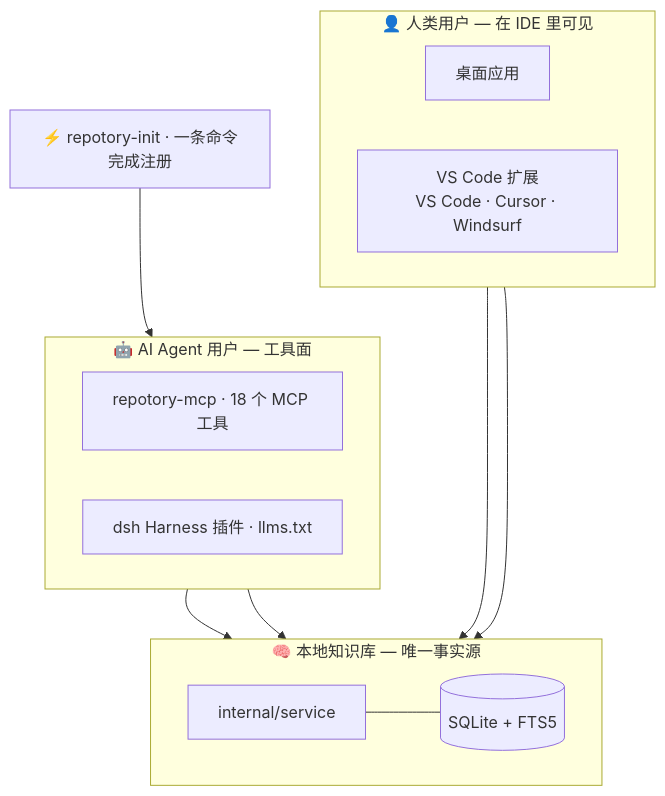
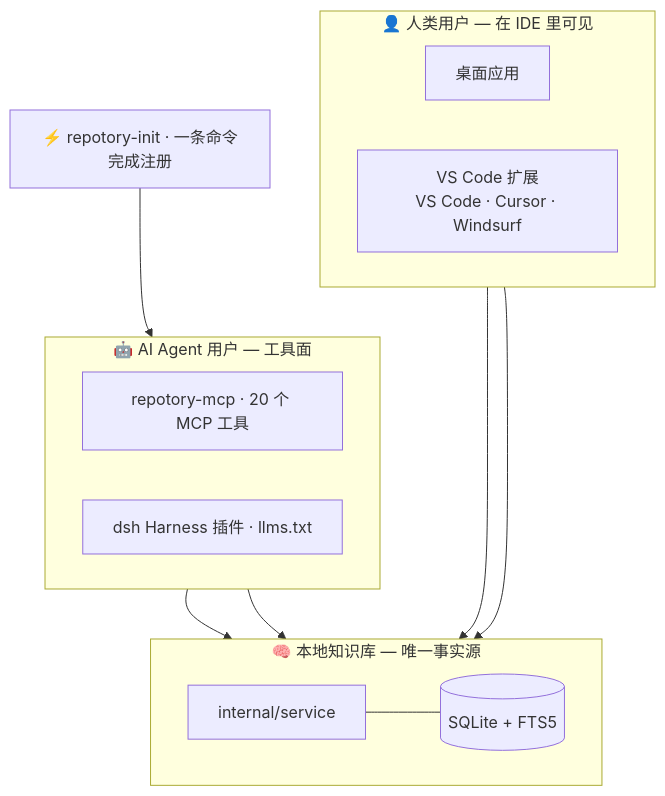
The fifth of 5 diagrams in docs/architecture.md (sky-jiangcheng/cinder), drawn with Mermaid before and after one commit. The commit also changed other lines of this file and 12 other files, not shown here.

````diff
--- a/docs/architecture.md
+++ b/docs/architecture.md
@@ -125,24 +125,24 @@
 ```mermaid
 flowchart TB
     subgraph HUMAN[👤 人类用户 — 在 IDE 里可见]
         direction LR
         DESKTOP[桌面应用]
         VSCODE[VS Code 扩展<br/>VS Code · Cursor · Windsurf]
     end
     subgraph AGENT[🤖 AI Agent 用户 — 工具面]
         direction LR
-        MCP[repotory-mcp · 18 个 MCP 工具]
+        MCP[repotory-mcp · 20 个 MCP 工具]
         DSH[dsh Harness 插件 · llms.txt]
     end
     subgraph CORE[🧠 本地知识库 — 唯一事实源]
         direction LR
         SVC[internal/service] --- DB[(SQLite + FTS5)]
     end
     HUMAN ~~~ AGENT ~~~ CORE
     INIT[⚡ repotory-init · 一条命令完成注册]
     INIT --> MCP
     DESKTOP --> SVC
     VSCODE --> SVC
     MCP --> SVC
     DSH --> SVC
 ```
````
